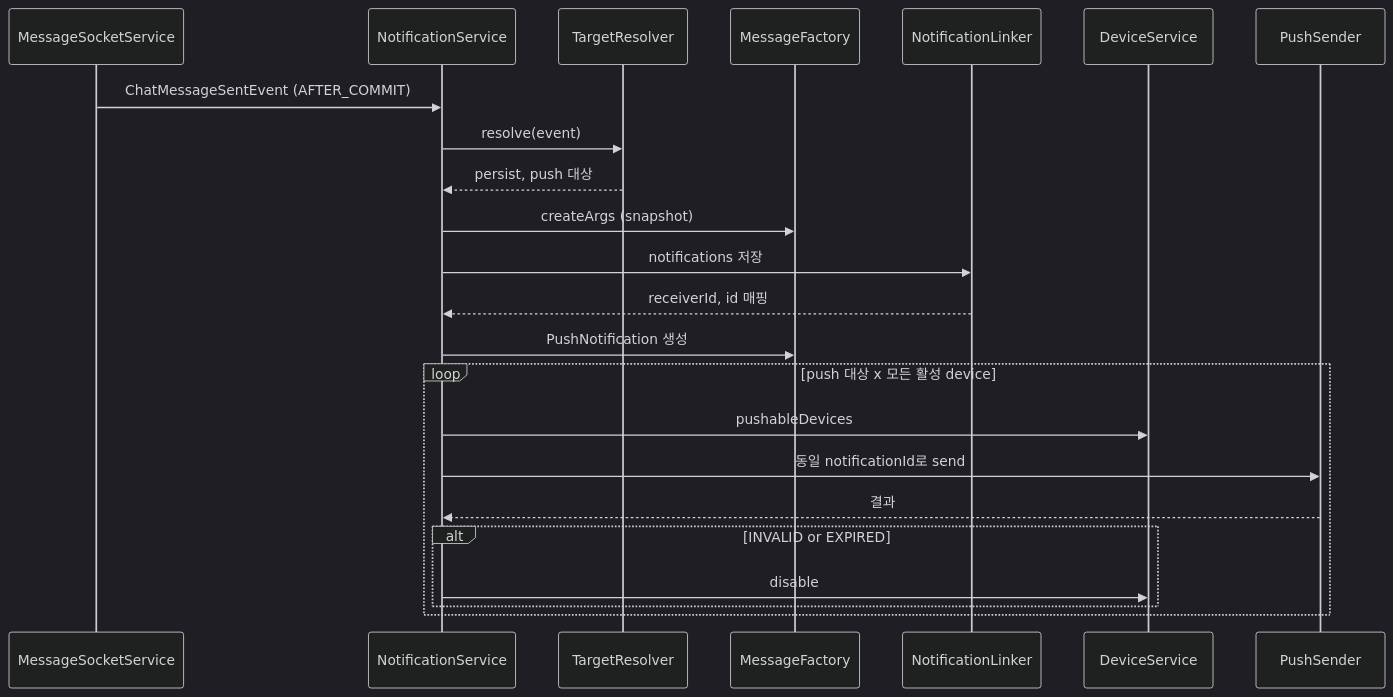
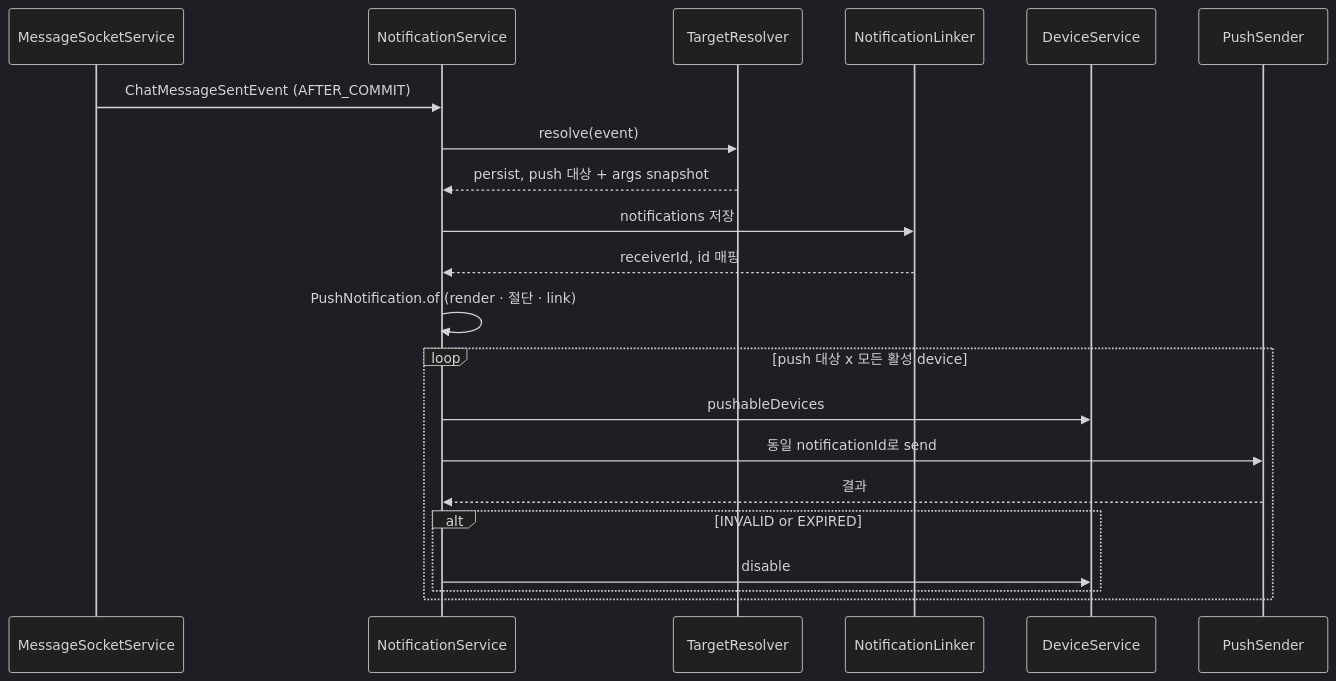
The second of 4 diagrams in apps/api/docs/notification-architecture.md (mortonCareer/bconnect), drawn with Mermaid (dark theme) before and after one commit. The commit also changed other lines of this file and 8 other files, not shown here.

Commit message:
refactor(be): 알림 args 생성을 TargetResolver로 이동, MessageFactory 제거

````diff
--- a/apps/api/docs/notification-architecture.md
+++ b/apps/api/docs/notification-architecture.md
@@ -39,26 +38,24 @@
 ```mermaid
 sequenceDiagram
     participant Socket as MessageSocketService
     participant Svc as NotificationService
     participant Res as TargetResolver
-    participant Fac as MessageFactory
     participant Lnk as NotificationLinker
     participant Dev as DeviceService
     participant Snd as PushSender
 
     Socket->>Svc: ChatMessageSentEvent (AFTER_COMMIT)
     Svc->>Res: resolve(event)
-    Res-->>Svc: persist, push 대상
-    Svc->>Fac: createArgs (snapshot)
+    Res-->>Svc: persist, push 대상 + args snapshot
     Svc->>Lnk: notifications 저장
     Lnk-->>Svc: receiverId, id 매핑
-    Svc->>Fac: PushNotification 생성
+    Svc->>Svc: PushNotification.of (render · 절단 · link)
     loop push 대상 x 모든 활성 device
         Svc->>Dev: pushableDevices
         Svc->>Snd: 동일 notificationId로 send
         Snd-->>Svc: 결과
         alt INVALID or EXPIRED
             Svc->>Dev: disable
         end
     end
 ```
````
